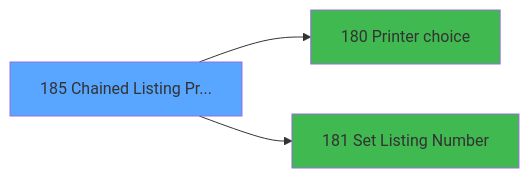
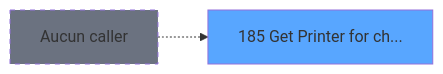
One commit to thonyAGP/magic-migration changed the second of 3 diagrams in .openspec/specs/ADH-IDE-185.md. Above: the diagram before and after it, drawn with Mermaid. The commit also changed other lines of this file and 311 other files, not shown here.

````diff
--- a/.openspec/specs/ADH-IDE-185.md
+++ b/.openspec/specs/ADH-IDE-185.md
@@ -288,11 +117,8 @@
 ```mermaid
 graph LR
-    T185[185 Chained Listing Pr...]
+    T185[185 Get Printer for ch...]
     style T185 fill:#58a6ff
-    C180[180 Printer choice]
-    T185 --> C180
-    style C180 fill:#3fb950
-    C181[181 Set Listing Number]
-    T185 --> C181
-    style C181 fill:#3fb950
+    NONE[Aucun caller]
+    NONE -.-> T185
+    style NONE fill:#6b7280,stroke-dasharray: 5 5
 ```
````
